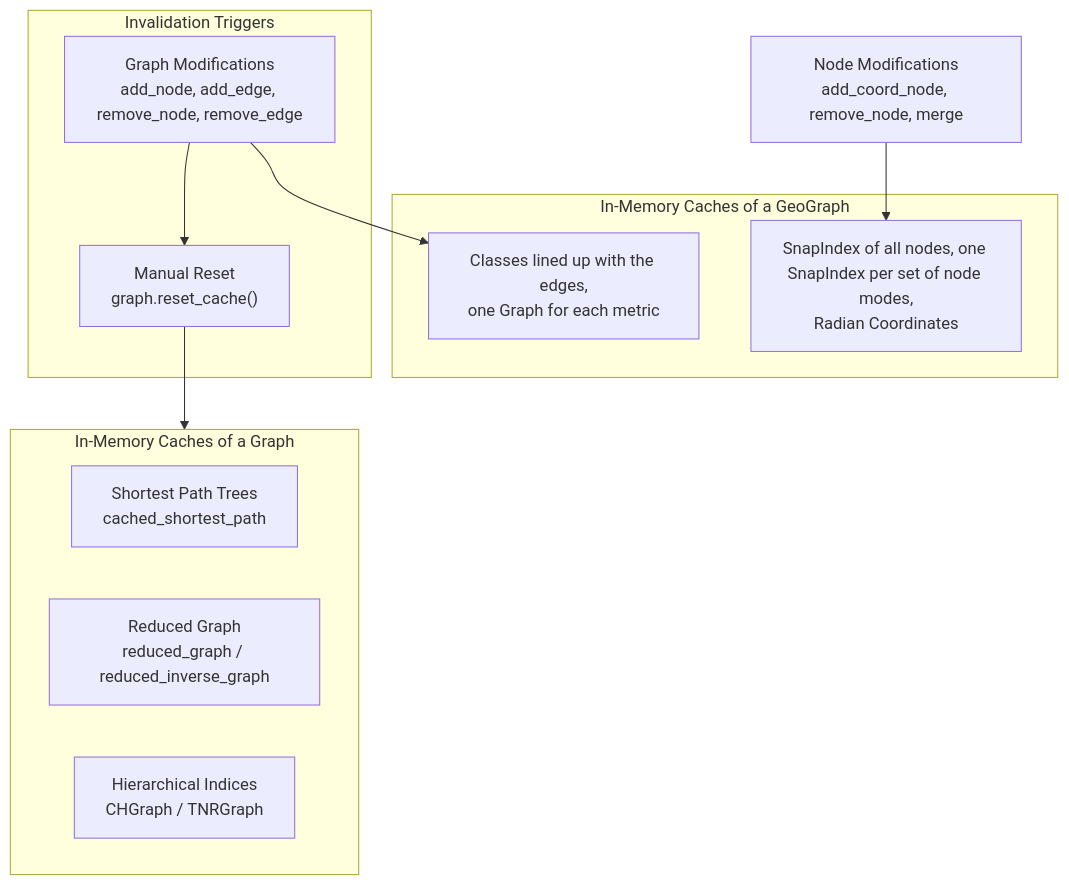
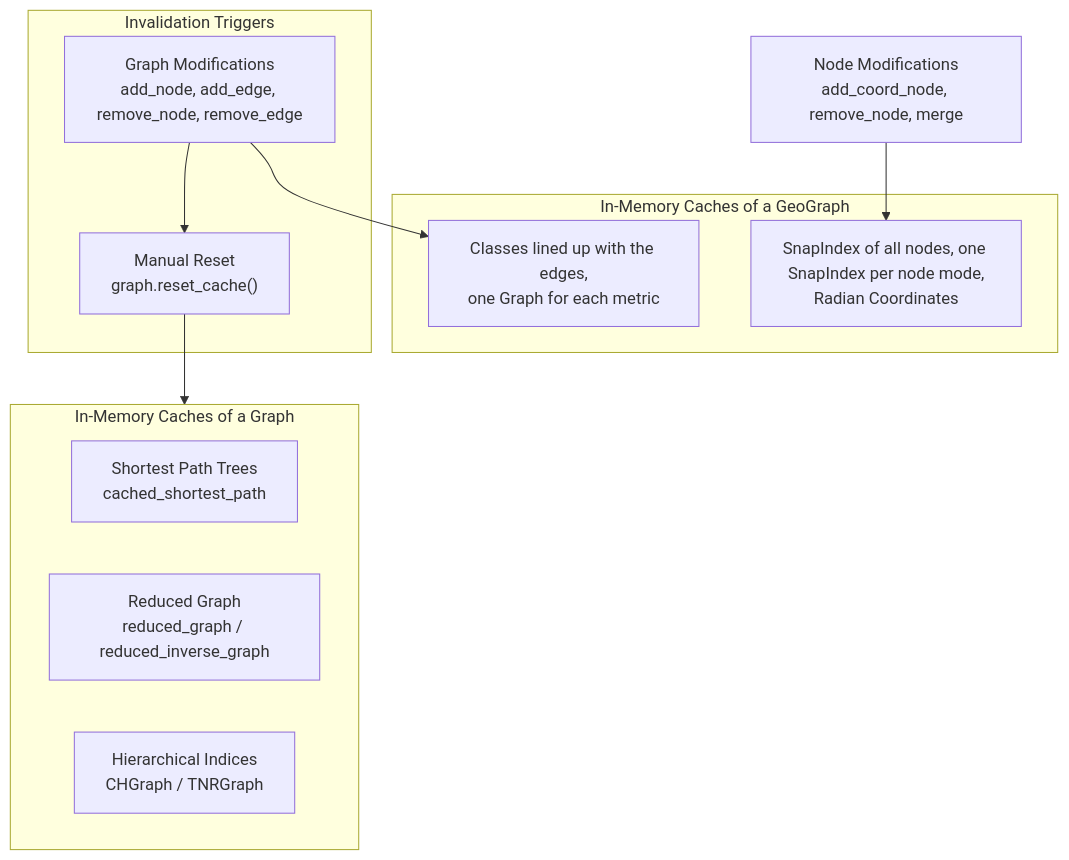
The fourth of 4 diagrams in ARCHITECTURE.md (connor-makowski/scgraph), drawn with Mermaid before and after one commit. The commit also changed other lines of this file and 3 other files, not shown here.

First line of the commit message:
Snap a query point with one index for each node mode (#287)

````diff
--- a/ARCHITECTURE.md
+++ b/ARCHITECTURE.md
@@ -303,21 +303,21 @@
 ```mermaid
 flowchart TD
     subgraph RAM["In-Memory Caches of a Graph"]
         T["Shortest Path Trees<br/>cached_shortest_path"]
         R["Reduced Graph<br/>reduced_graph / reduced_inverse_graph"]
         H["Hierarchical Indices<br/>CHGraph / TNRGraph"]
     end
     subgraph GEO["In-Memory Caches of a GeoGraph"]
-        S["SnapIndex of all nodes, one SnapIndex per set of node modes,<br/>Radian Coordinates"]
+        S["SnapIndex of all nodes, one SnapIndex per node mode,<br/>Radian Coordinates"]
         W["Classes lined up with the edges,<br/>one Graph for each metric"]
     end
     subgraph Triggers["Invalidation Triggers"]
         M["Graph Modifications<br/>add_node, add_edge, remove_node, remove_edge"]
         C["Manual Reset<br/>graph.reset_cache()"]
     end
     N["Node Modifications<br/>add_coord_node, remove_node, merge"]
     M --> C
     C --> RAM
     M --> W
     N --> S
 ```
````
